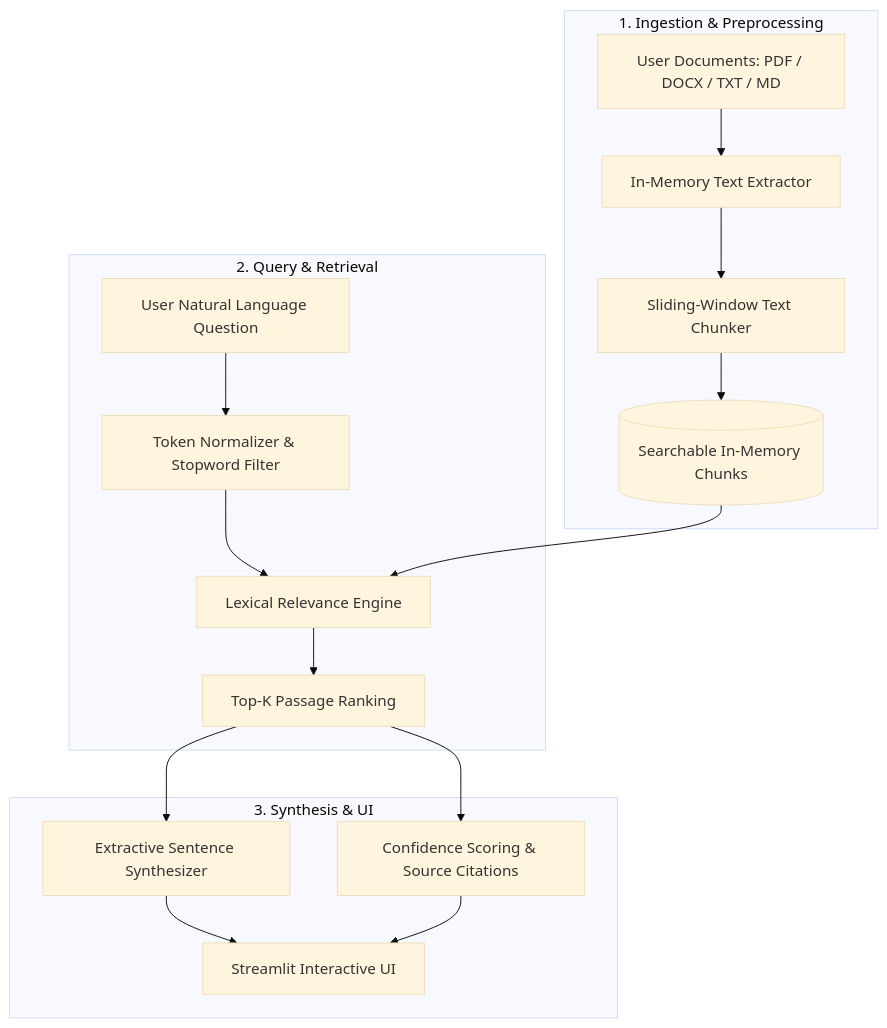
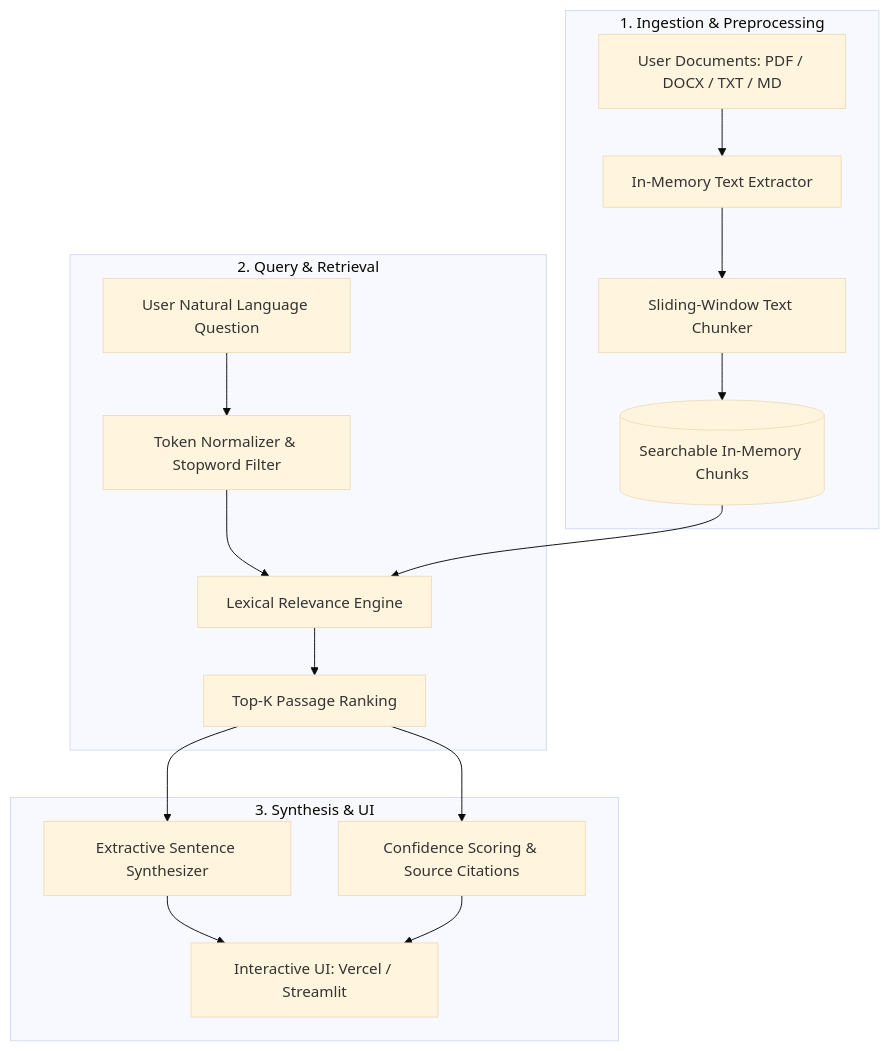
Before and after one commit to taslimzafar/RAG_Based_DocumentAnalyser: the diagram in README.md, drawn with Mermaid (base theme). The commit also changed other lines of this file and 3 other files, not shown here.

````diff
--- a/README.md
+++ b/README.md
@@ -28,22 +31,22 @@
 ```mermaid
 flowchart TD
     subgraph Ingestion["1. Ingestion & Preprocessing"]
         A[User Documents: PDF / DOCX / TXT / MD] --> B[In-Memory Text Extractor]
         B --> C[Sliding-Window Text Chunker]
         C --> D[(Searchable In-Memory Chunks)]
     end
 
     subgraph QueryPipeline["2. Query & Retrieval"]
         Q[User Natural Language Question] --> E[Token Normalizer & Stopword Filter]
         E --> F[Lexical Relevance Engine]
         D --> F
         F --> G[Top-K Passage Ranking]
     end
 
     subgraph Synthesis["3. Synthesis & UI"]
         G --> H[Extractive Sentence Synthesizer]
         G --> I[Confidence Scoring & Source Citations]
-        H --> J[Streamlit Interactive UI]
+        H --> J[Interactive UI: Vercel / Streamlit]
         I --> J
     end
 ```
````
